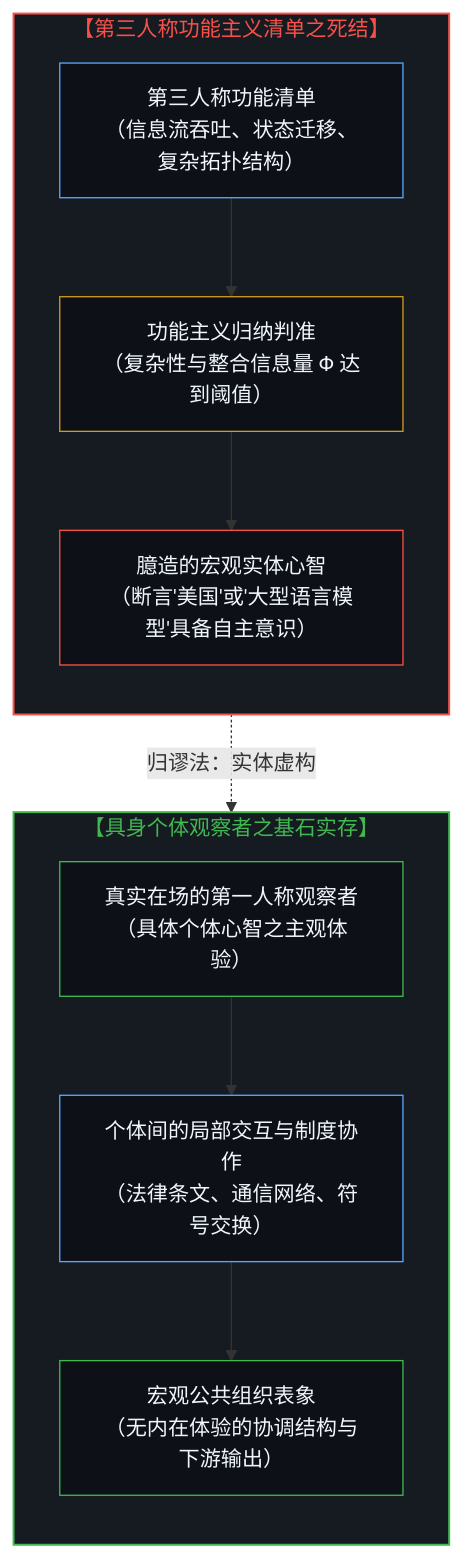
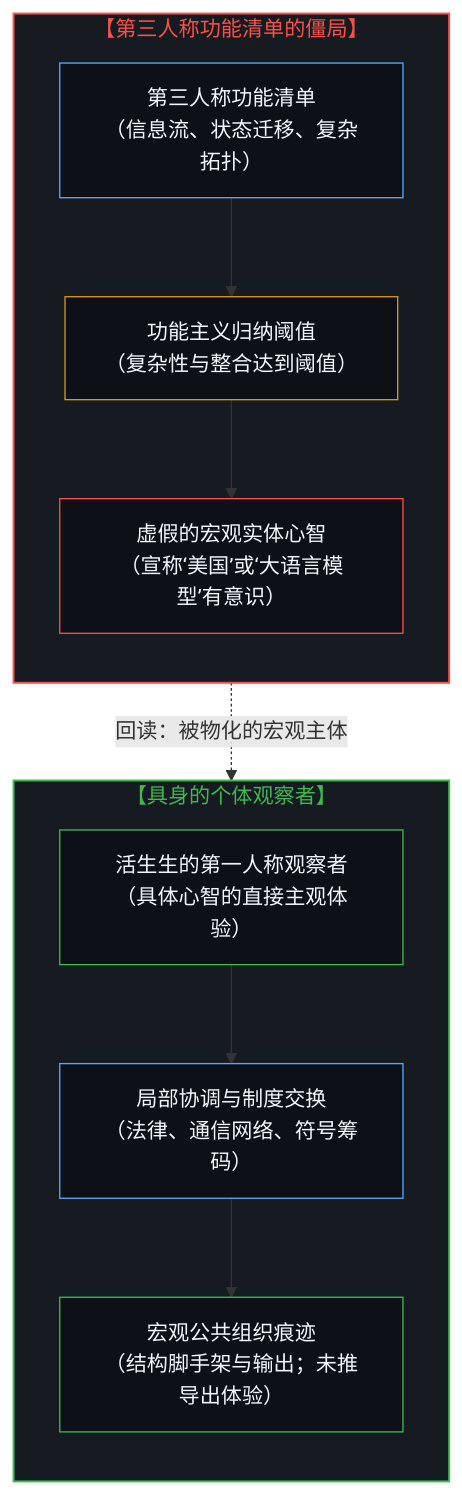
One commit to powerpig99/not-a-toe changed the first of 10 diagrams in content/posts/subtracting-consciousness-at-the-source.md. Above: the diagram before and after it, drawn with Mermaid. The commit also changed other lines of this file and 2 other files, not shown here.

````diff
--- a/content/posts/subtracting-consciousness-at-the-source.md
+++ b/content/posts/subtracting-consciousness-at-the-source.md
@@ -13,25 +13,25 @@
 ```mermaid
 graph TD
-    subgraph S_ThirdPerson["【第三人称功能主义清单之死结】"]
+    subgraph S_ThirdPerson["【第三人称功能清单的僵局】"]
         direction TB
-        T1["第三人称功能清单<br/>（信息流吞吐、状态迁移、复杂拓扑结构）"] --> T2["功能主义归纳判准<br/>（复杂性与整合信息量 Φ 达到阈值）"]
-        T2 --> T3["臆造的宏观实体心智<br/>（断言'美国'或'大型语言模型'具备自主意识）"]
+        TE1["第三人称功能清单<br/>（信息流、状态迁移、复杂拓扑）"] --> TE2["功能主义归纳阈值<br/>（复杂性与整合达到阈值）"]
+        TE2 --> TE3["虚假的宏观实体心智<br/>（宣称‘美国’或‘大语言模型’有意识）"]
     end
 
-    subgraph S_FirstPerson["【具身个体观察者之基石实存】"]
+    subgraph S_FirstPerson["【具身的个体观察者】"]
         direction TB
-        F1["真实在场的第一人称观察者<br/>（具体个体心智之主观体验）"] --> F2["个体间的局部交互与制度协作<br/>（法律条文、通信网络、符号交换）"]
-        F2 --> F3["宏观公共组织表象<br/>（无内在体验的协调结构与下游输出）"]
+        FE1["活生生的第一人称观察者<br/>（具体心智的直接主观体验）"] --> FE2["局部协调与制度交换<br/>（法律、通信网络、符号筹码）"]
+        FE2 --> FE3["宏观公共组织痕迹<br/>（结构脚手架与输出；未推导出体验）"]
     end
 
-    T3 -.->|"归谬法：实体虚构"| F3
+    TE3 -.->|"回读：被物化的宏观主体"| FE3
 
     style S_ThirdPerson fill:#161b22,stroke:#f85149,stroke-width:1.5px,color:#f85149
     style S_FirstPerson fill:#161b22,stroke:#3fb950,stroke-width:1.5px,color:#3fb950
-    style T1 fill:#0d1117,stroke:#58a6ff,stroke-width:1px,color:#f0f6fc
-    style T2 fill:#0d1117,stroke:#d29922,stroke-width:1px,color:#f0f6fc
-    style T3 fill:#0d1117,stroke:#f85149,stroke-width:1px,color:#f0f6fc
-    style F1 fill:#0d1117,stroke:#3fb950,stroke-width:1px,color:#f0f6fc
-    style F2 fill:#0d1117,stroke:#58a6ff,stroke-width:1px,color:#f0f6fc
-    style F3 fill:#0d1117,stroke:#3fb950,stroke-width:1px,color:#f0f6fc
+    style TE1 fill:#0d1117,stroke:#58a6ff,stroke-width:1px,color:#f0f6fc
+    style TE2 fill:#0d1117,stroke:#d29922,stroke-width:1px,color:#f0f6fc
+    style TE3 fill:#0d1117,stroke:#f85149,stroke-width:1px,color:#f0f6fc
+    style FE1 fill:#0d1117,stroke:#3fb950,stroke-width:1px,color:#f0f6fc
+    style FE2 fill:#0d1117,stroke:#58a6ff,stroke-width:1px,color:#f0f6fc
+    style FE3 fill:#0d1117,stroke:#3fb950,stroke-width:1px,color:#f0f6fc
 ```
````
